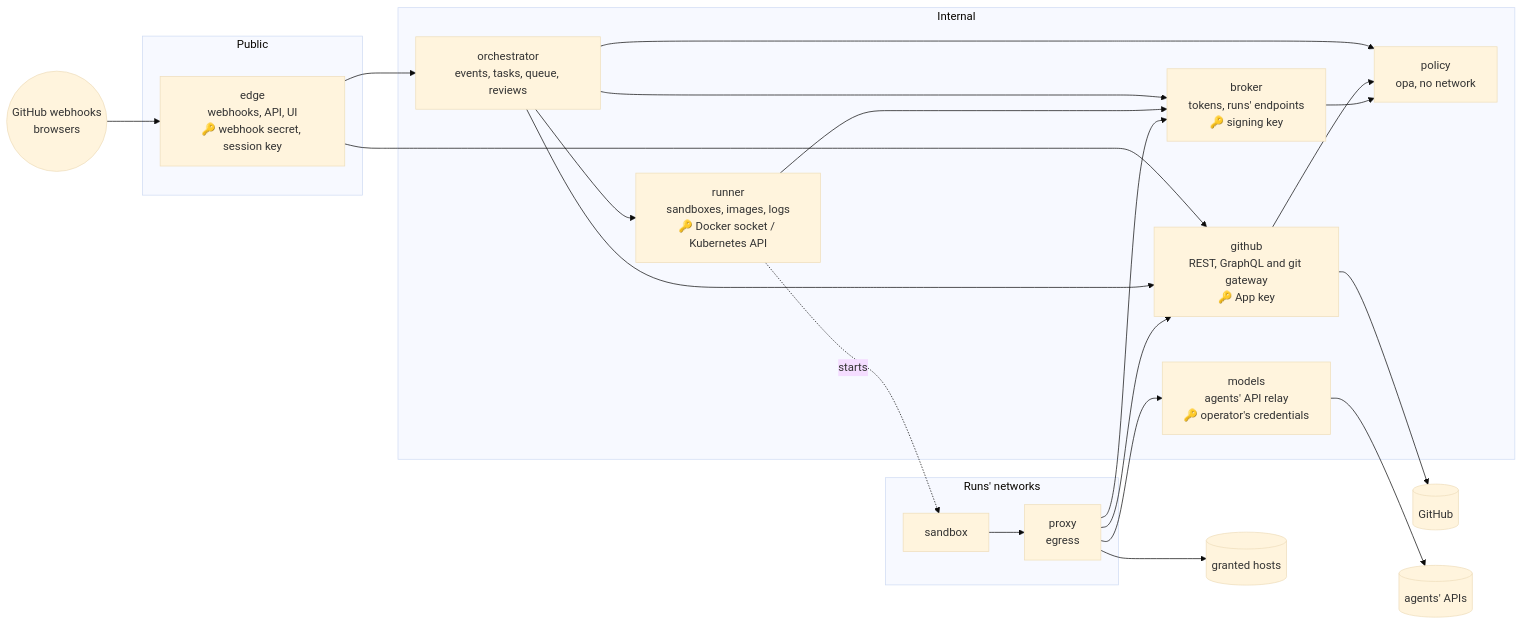
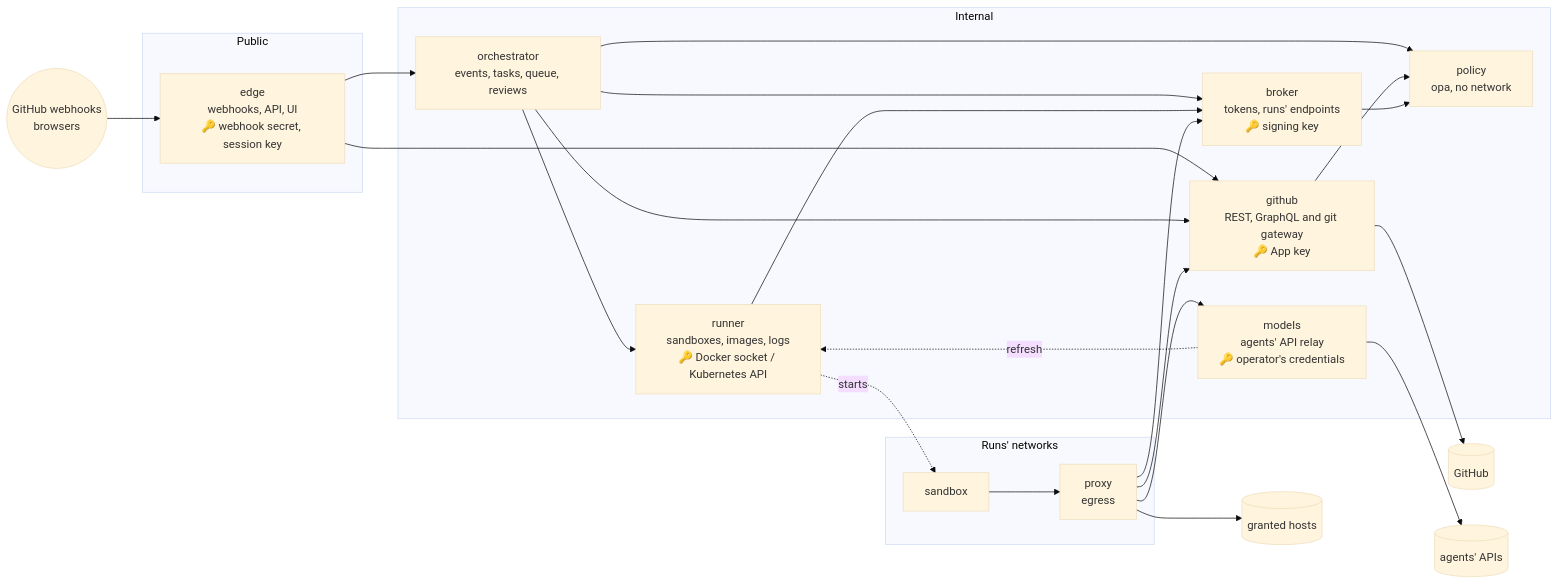
One commit to BryanSmee/deckhand changed the diagram in docs/services.md. Above: the diagram before and after it, drawn with Mermaid (base theme). The commit also changed other lines of this file, not shown here.

First line of the commit message:
docs: services: review fixes: models reaches the runner for the plan logins' refresh; Compose runs one copy of each, and what an update costs there; the runner's run events and models' plan usage among the streams; which sandbox tools try a refused connection again

````diff
--- a/docs/services.md
+++ b/docs/services.md
@@ -10,44 +10,45 @@
 ```mermaid
 flowchart LR
   web(("GitHub webhooks<br/>browsers"))
   gh[("GitHub")]
   ai[("agents' APIs")]
   hosts[("granted hosts")]
 
   subgraph public [Public]
     edge["edge<br/>webhooks, API, UI<br/>🔑 webhook secret, session key"]
   end
 
   subgraph internal [Internal]
     orch["orchestrator<br/>events, tasks, queue, reviews"]
     runner["runner<br/>sandboxes, images, logs<br/>🔑 Docker socket / Kubernetes API"]
     broker["broker<br/>tokens, runs' endpoints<br/>🔑 signing key"]
     github["github<br/>REST, GraphQL and git gateway<br/>🔑 App key"]
     models["models<br/>agents' API relay<br/>🔑 operator's credentials"]
     policy["policy<br/>opa, no network"]
   end
 
   subgraph runs ["Runs' networks"]
     sandbox["sandbox"]
     proxy["proxy<br/>egress"]
   end
 
   web --> edge
   edge --> orch
   edge --> github
   orch --> runner
   orch --> broker
   runner --> broker
   orch --> github
   orch --> policy
   runner -. starts .-> sandbox
   sandbox --> proxy
   proxy --> github
   proxy --> models
   proxy --> broker
   proxy --> hosts
   github --> policy
   broker --> policy
   github --> gh
   models --> ai
+  models -. refresh .-> runner
 ```
````
